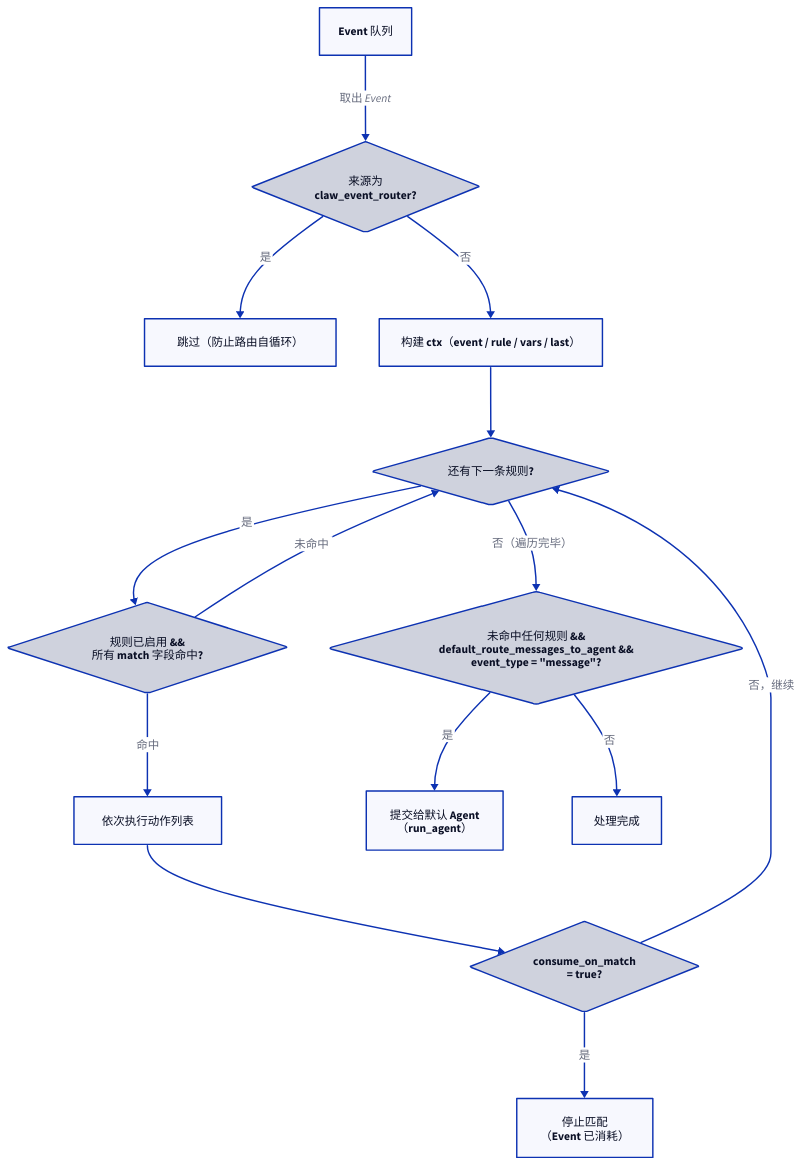
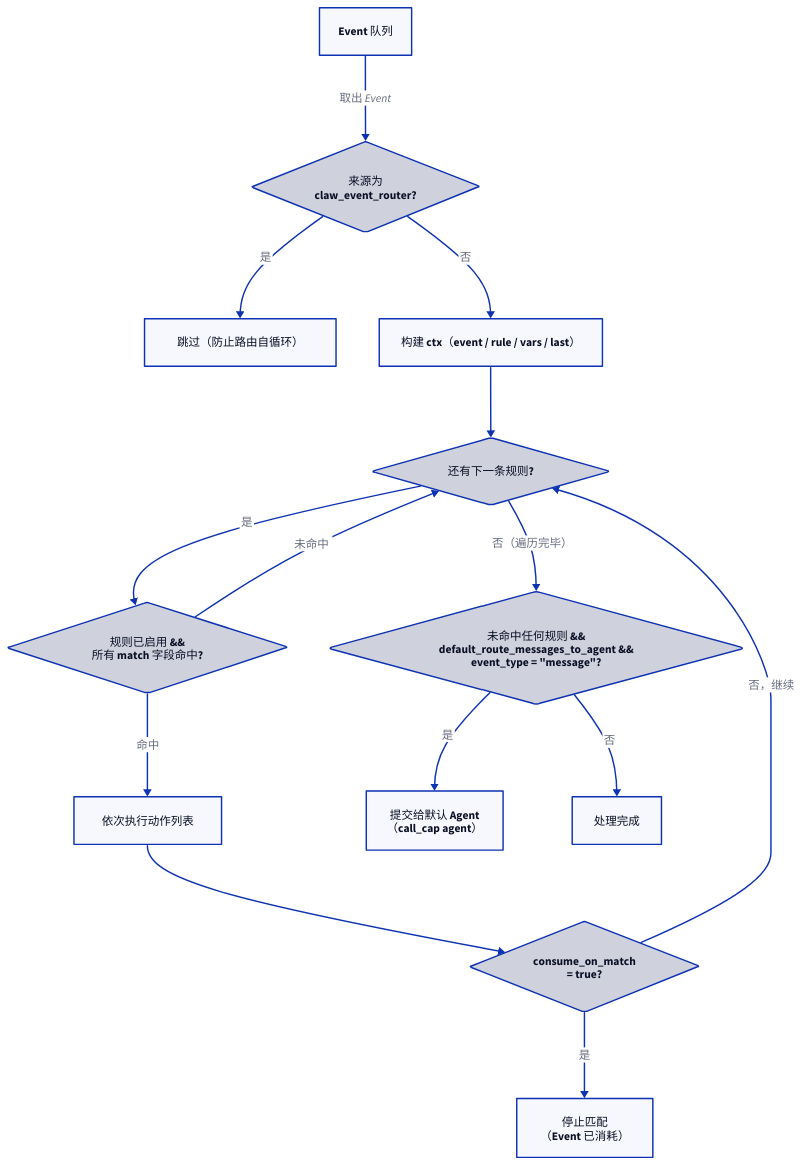
One commit to Asfixious/esp-claw changed the diagram in docs/src/content/docs/zh-cn/reference-project/dataflow-and-automation.mdx. Above: the diagram before and after it, drawn with D2. The commit also changed other lines of this file and 16 other files, not shown here.

````diff
--- a/docs/src/content/docs/zh-cn/reference-project/dataflow-and-automation.mdx
+++ b/docs/src/content/docs/zh-cn/reference-project/dataflow-and-automation.mdx
@@ -100,45 +118,45 @@
 ```d2
 direction: down
 
 queue: "Event 队列"
 guard: {
   label: "来源为\nclaw_event_router?"
   shape: diamond
 }
 skip: "跳过（防止路由自循环）"
 init_ctx: "构建 ctx（event / rule / vars / last）"
 has_more: {
   label: "还有下一条规则?"
   shape: diamond
 }
 match_check: {
   label: "规则已启用 &&\n所有 match 字段命中?"
   shape: diamond
 }
 exec_actions: "依次执行动作列表"
 consume_check: {
   label: "consume_on_match\n= true?"
   shape: diamond
 }
 stop: "停止匹配\n（Event 已消耗）"
 fallback_check: {
   label: "未命中任何规则 &&\ndefault_route_messages_to_agent &&\nevent_type = \"message\"?"
   shape: diamond
 }
-run_default: "提交给默认 Agent\n（run_agent）"
+run_default: "提交给默认 Agent\n（call_cap agent）"
 done: "处理完成"
 
 queue -> guard: "取出 Event"
 guard -> skip: "是"
 guard -> init_ctx: "否"
 init_ctx -> has_more
 has_more -> match_check: "是"
 has_more -> fallback_check: "否（遍历完毕）"
 match_check -> exec_actions: "命中"
 match_check -> has_more: "未命中"
 exec_actions -> consume_check
 consume_check -> stop: "是"
 consume_check -> has_more: "否，继续"
 fallback_check -> run_default: "是"
 fallback_check -> done: "否"
 ```
````
